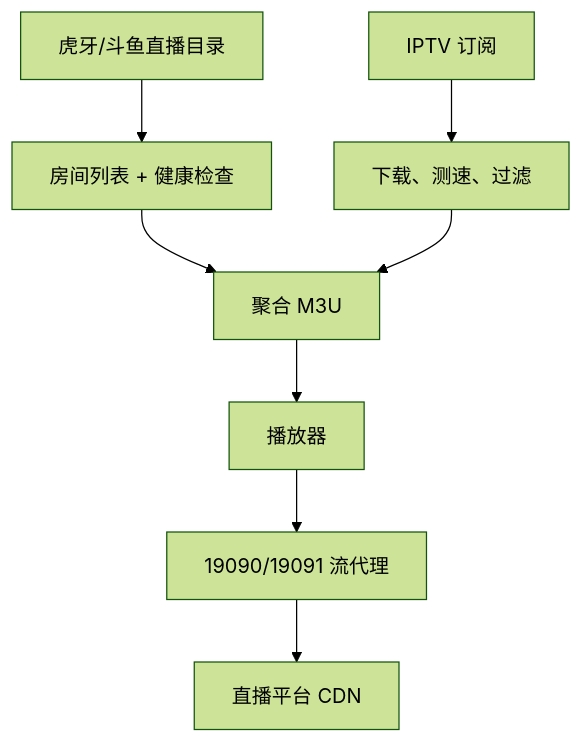
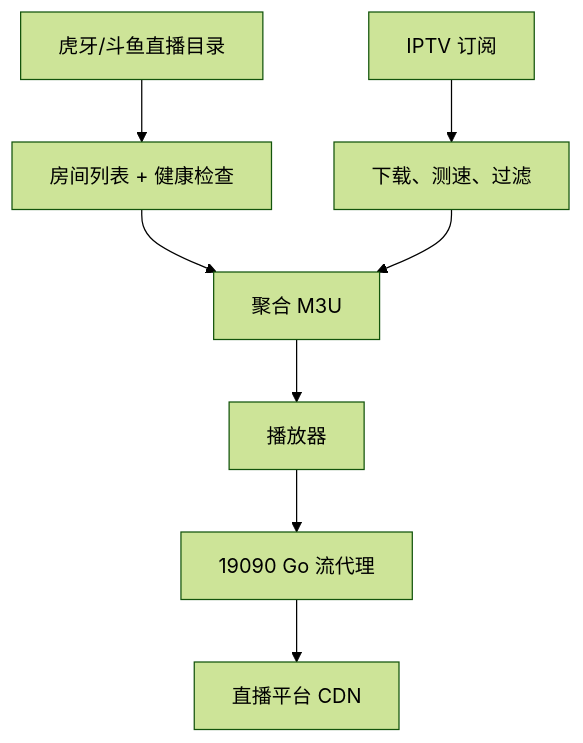
One commit to minshurui/livetv-server changed the first of 2 diagrams in docs/architecture.md. Above: the diagram before and after it, drawn with Mermaid (forest theme). The commit also changed other lines of this file and 9 other files, not shown here.

````diff
--- a/docs/architecture.md
+++ b/docs/architecture.md
@@ -52,10 +52,10 @@
 ```mermaid
 flowchart TD
     A["虎牙/斗鱼直播目录"] --> B["房间列表 + 健康检查"]
     C["IPTV 订阅"] --> D["下载、测速、过滤"]
     B --> E["聚合 M3U"]
     D --> E
     E --> F["播放器"]
-    F --> G["19090/19091 流代理"]
+    F --> G["19090 Go 流代理"]
     G --> H["直播平台 CDN"]
 ```
````
